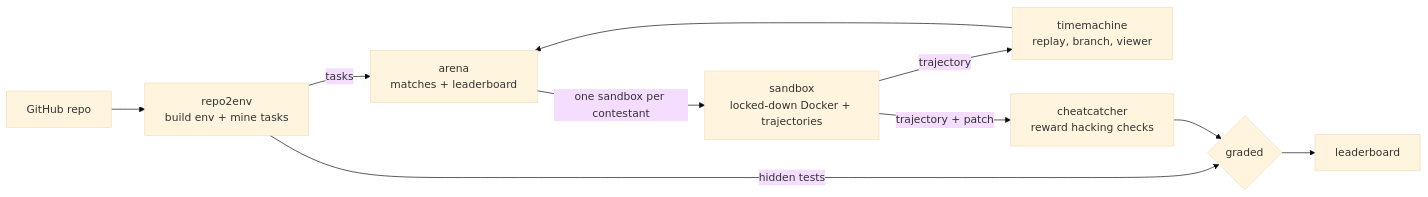
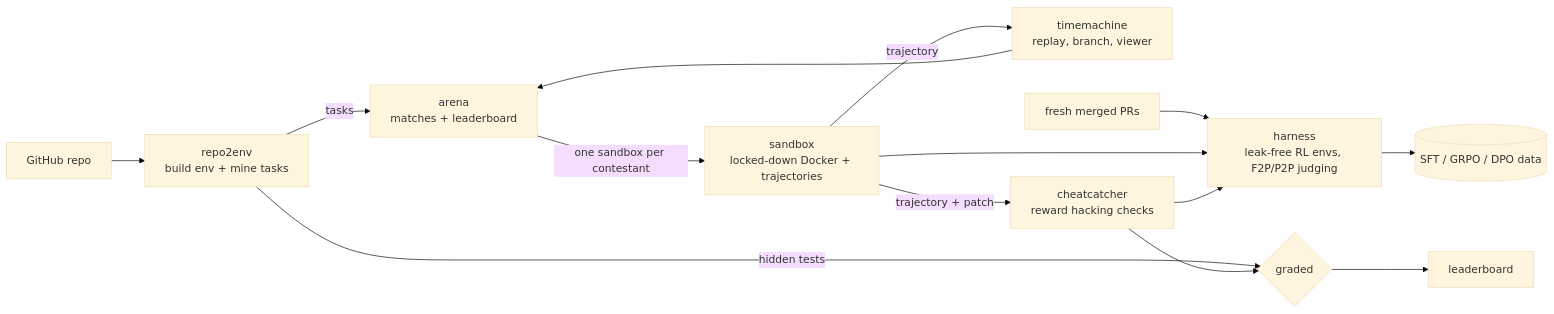
Before and after one commit to abhishekcpp007/gauntlet: the diagram in README.md, drawn with Mermaid (base theme). The commit also changed other lines of this file, not shown here.

Commit message:
Put the harness and Gauntlet Live in the overview

````diff
--- a/README.md
+++ b/README.md
@@ -23,12 +25,16 @@
 ```mermaid
 flowchart LR
     R[GitHub repo] --> E[repo2env<br/>build env + mine tasks]
     E -->|tasks| A[arena<br/>matches + leaderboard]
     A -->|one sandbox per contestant| S[sandbox<br/>locked-down Docker + trajectories]
     S -->|trajectory| T[timemachine<br/>replay, branch, viewer]
     S -->|trajectory + patch| C[cheatcatcher<br/>reward hacking checks]
     E -->|hidden tests| G{graded}
     C --> G
     G --> L[leaderboard]
     T --> A
+    PR[fresh merged PRs] --> H[harness<br/>leak-free RL envs, F2P/P2P judging]
+    S --> H
+    C --> H
+    H --> D[(SFT / GRPO / DPO data)]
 ```
````
